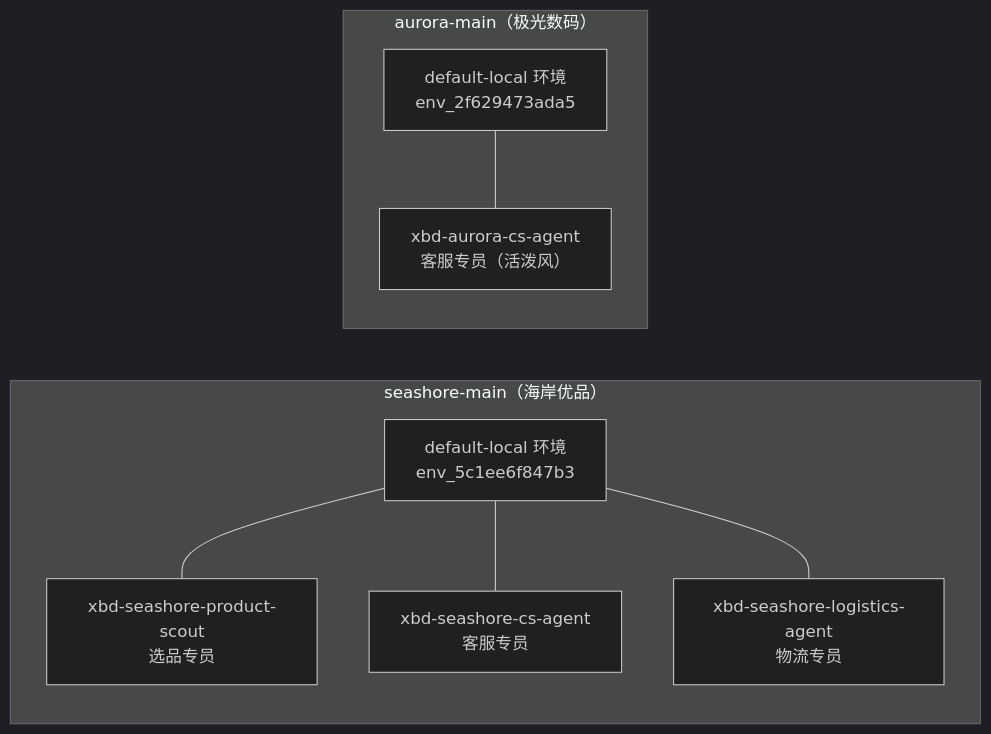
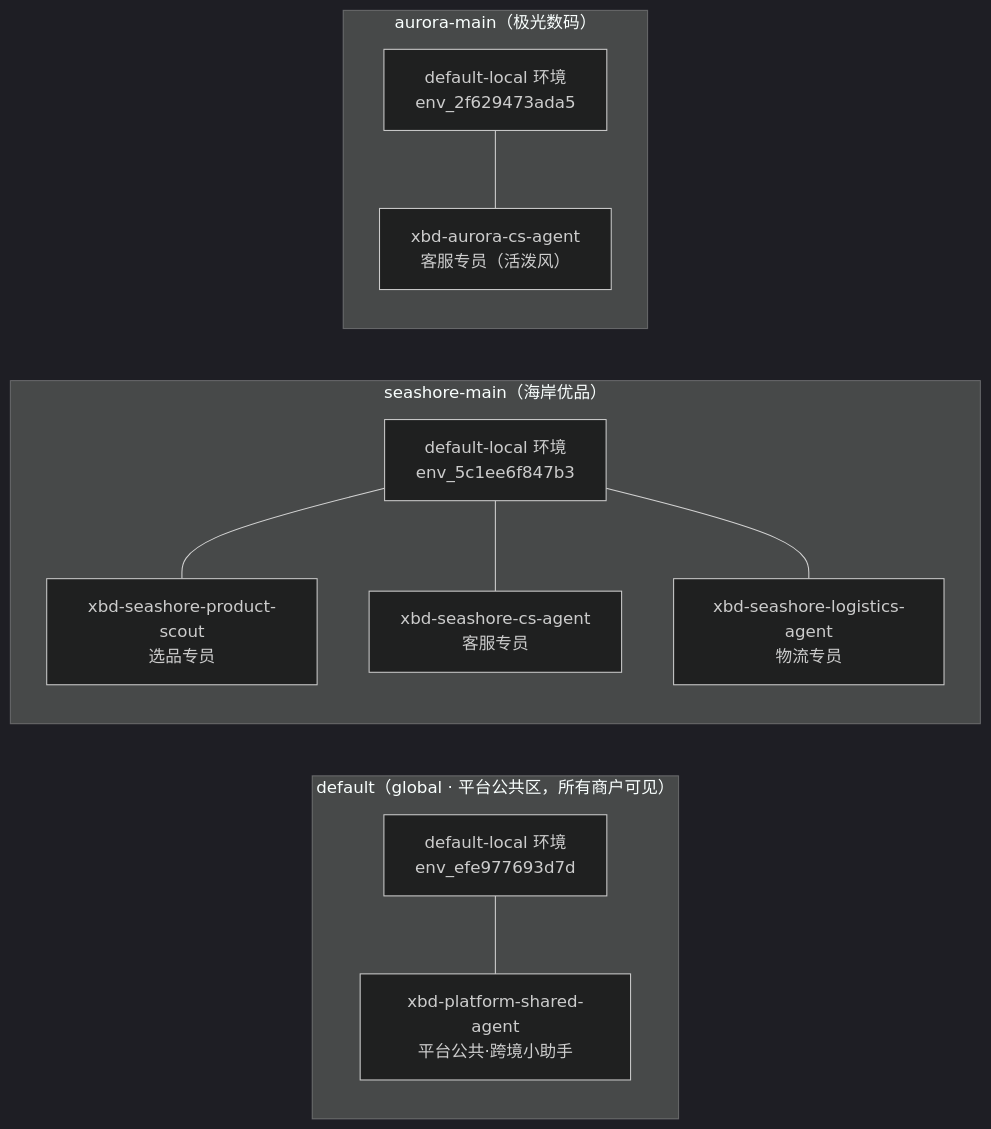
One commit to ybak/agentscope-2.0-tutorial changed the diagram in demo/cross-border-commerce/steps/step-03-agent-matrix.md. Above: the diagram before and after it, drawn with Mermaid (dark theme). The commit also changed other lines of this file and 3 other files, not shown here.

First line of the commit message:
docs(demo): Step 03 新增平台公共 Agent 场景（global 区）

````diff
--- a/demo/cross-border-commerce/steps/step-03-agent-matrix.md
+++ b/demo/cross-border-commerce/steps/step-03-agent-matrix.md
@@ -10,15 +10,20 @@
 ```mermaid
 flowchart LR
+    subgraph GD["default（global · 平台公共区，所有商户可见）"]
+        E0["default-local 环境<br/>env_efe977693d7d"]
+        A0["xbd-platform-shared-agent<br/>平台公共·跨境小助手"]
+        E0 --- A0
+    end
     subgraph S["seashore-main（海岸优品）"]
         E1["default-local 环境<br/>env_5c1ee6f847b3"]
         A1["xbd-seashore-product-scout<br/>选品专员"]
         A2["xbd-seashore-cs-agent<br/>客服专员"]
         A3["xbd-seashore-logistics-agent<br/>物流专员"]
         E1 --- A1 & A2 & A3
     end
     subgraph AU["aurora-main（极光数码）"]
         E2["default-local 环境<br/>env_2f629473ada5"]
         A4["xbd-aurora-cs-agent<br/>客服专员（活泼风）"]
         E2 --- A4
     end
 ```
````
